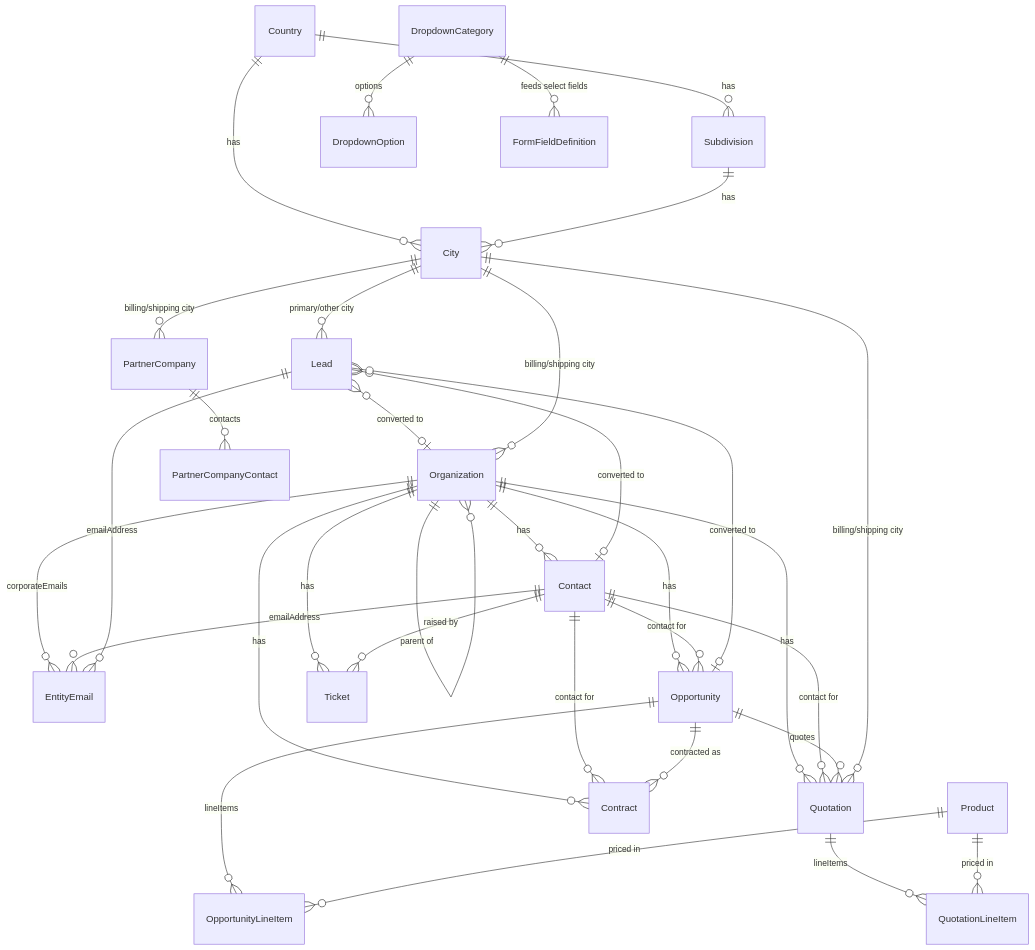
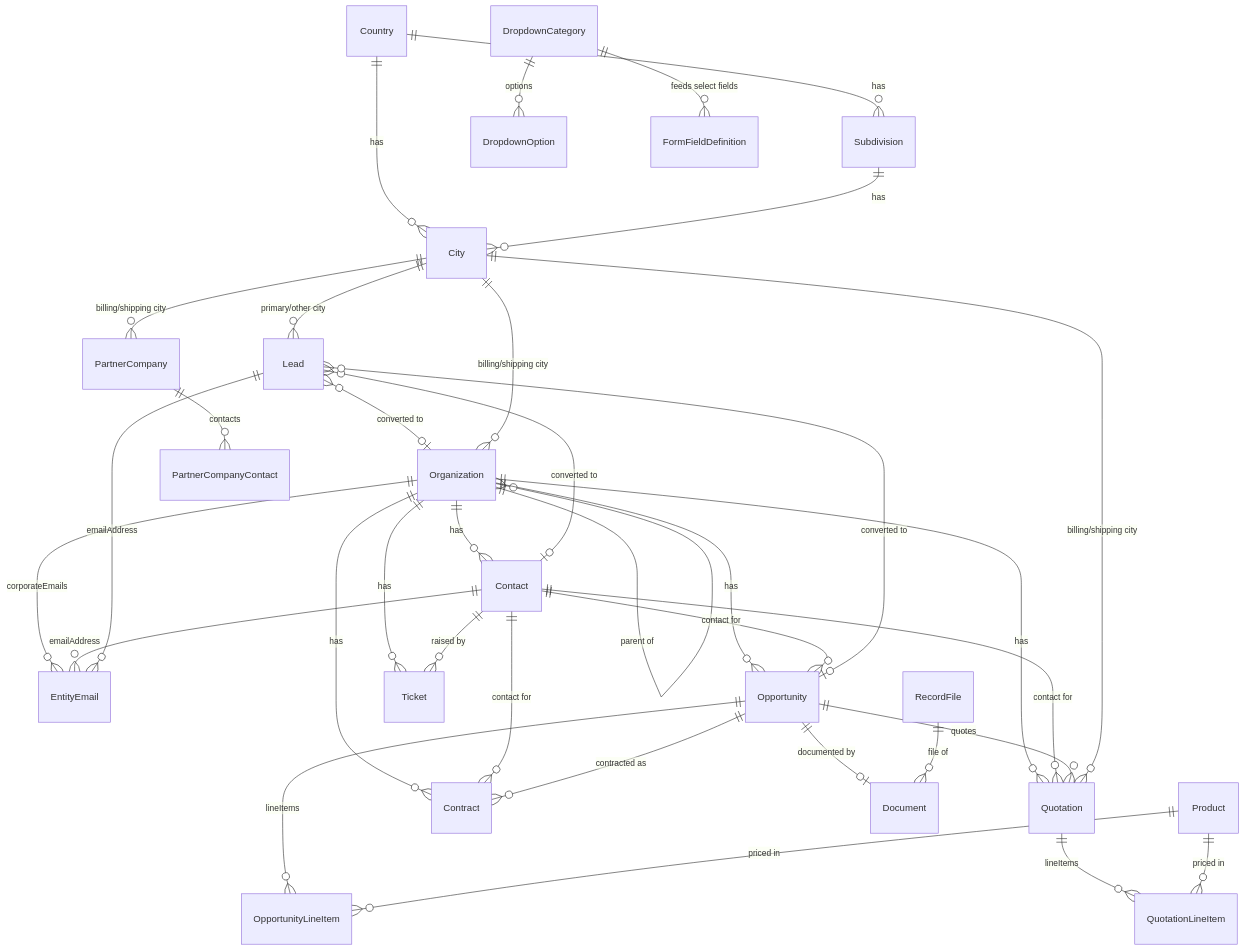
Before and after one commit to shivansh14503/nandini-crm: the diagram in docs/database-design.md, drawn with Mermaid. The commit also changed other lines of this file and 41 other files, not shown here.

````diff
--- a/docs/database-design.md
+++ b/docs/database-design.md
@@ -70,35 +70,37 @@
 ```mermaid
 erDiagram
     Organization ||--o{ Organization : "parent of"
     Organization ||--o{ EntityEmail : "corporateEmails"
     Organization ||--o{ Contact : has
     Organization ||--o{ Opportunity : has
     Organization ||--o{ Quotation : has
     Organization ||--o{ Ticket : has
     Organization ||--o{ Contract : has
     Contact ||--o{ EntityEmail : emailAddress
     Contact ||--o{ Opportunity : "contact for"
     Contact ||--o{ Quotation : "contact for"
     Contact ||--o{ Ticket : "raised by"
     Contact ||--o{ Contract : "contact for"
     Lead ||--o{ EntityEmail : emailAddress
     Lead }o--o| Organization : "converted to"
     Lead }o--o| Contact : "converted to"
     Lead }o--o| Opportunity : "converted to"
     Opportunity ||--o{ OpportunityLineItem : lineItems
     Opportunity ||--o{ Quotation : quotes
     Opportunity ||--o{ Contract : "contracted as"
+    Opportunity ||--o| Document : "documented by"
+    RecordFile ||--o{ Document : "file of"
     Quotation ||--o{ QuotationLineItem : lineItems
     Product ||--o{ OpportunityLineItem : "priced in"
     Product ||--o{ QuotationLineItem : "priced in"
     PartnerCompany ||--o{ PartnerCompanyContact : contacts
     Country ||--o{ Subdivision : has
     Country ||--o{ City : has
     Subdivision ||--o{ City : has
     City ||--o{ Organization : "billing/shipping city"
     City ||--o{ Lead : "primary/other city"
     City ||--o{ Quotation : "billing/shipping city"
     City ||--o{ PartnerCompany : "billing/shipping city"
     DropdownCategory ||--o{ DropdownOption : options
     DropdownCategory ||--o{ FormFieldDefinition : "feeds select fields"
 ```
````
